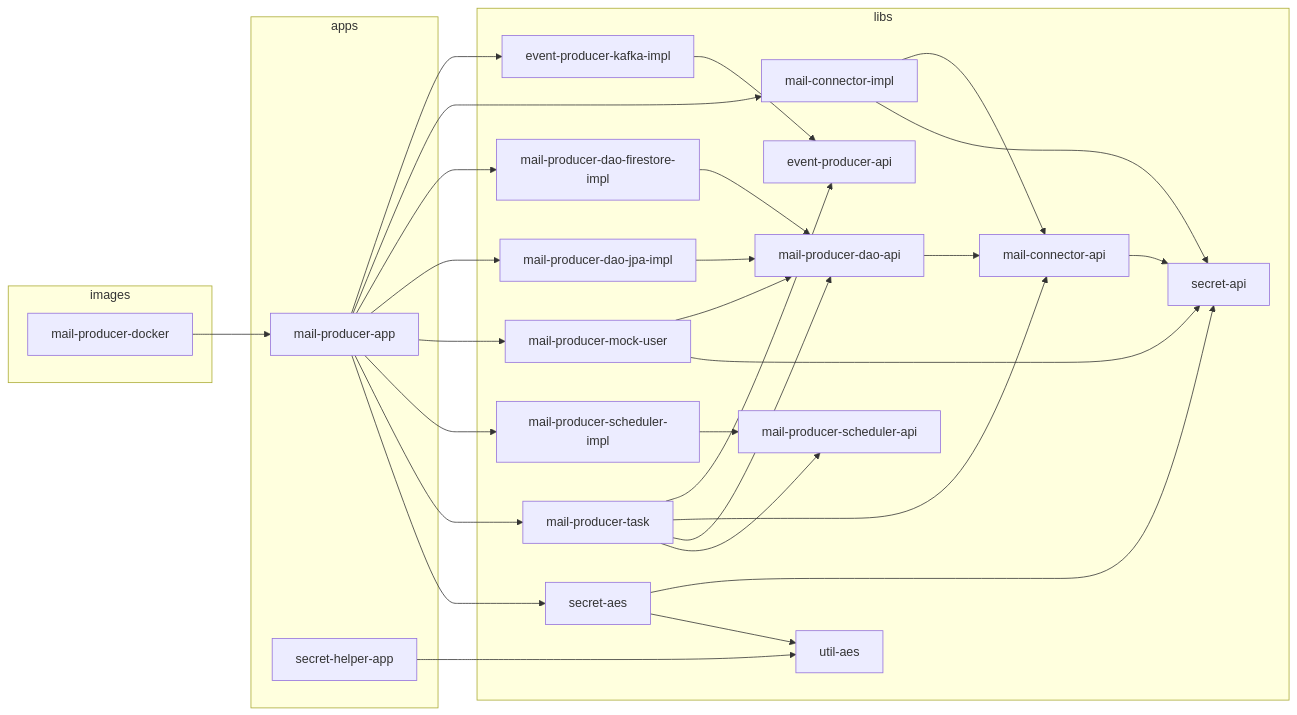
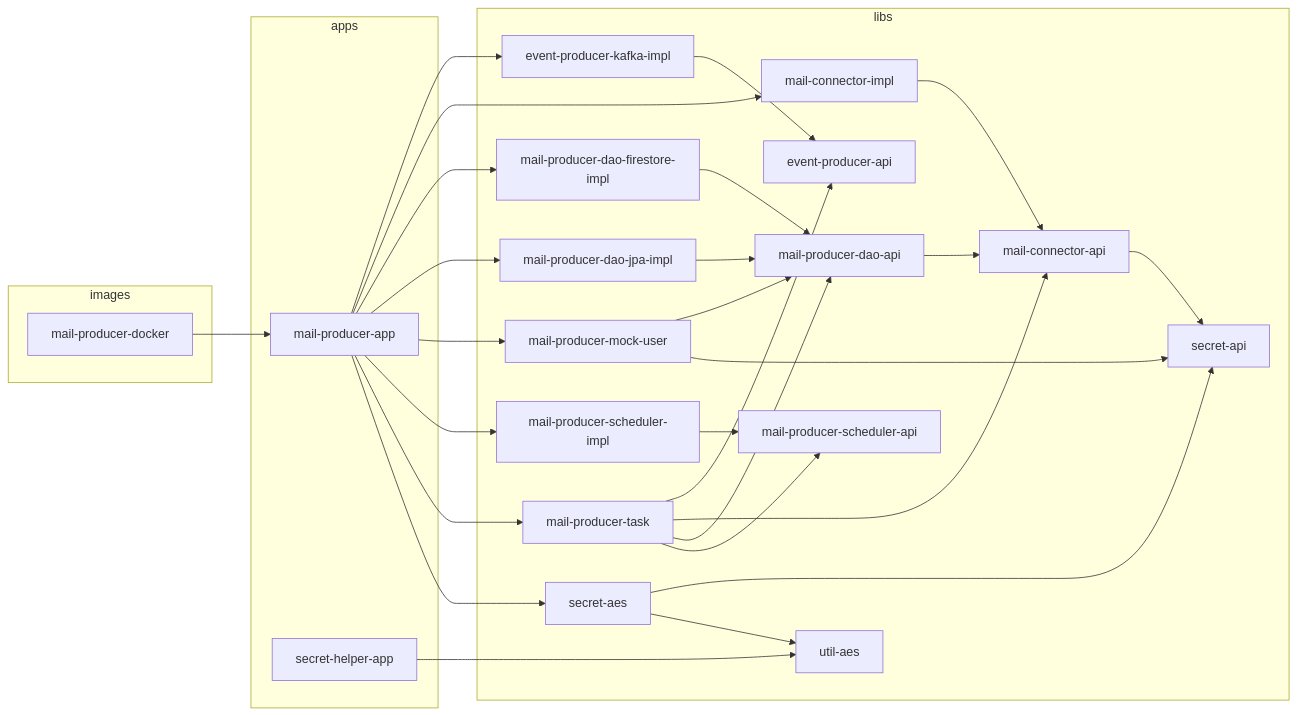
Before and after one commit to Guslarz/invoice-watcher: the diagram in docs/reference/modules.md, drawn with Mermaid. The commit also changed 12 other files, not shown here.

````diff
--- a/docs/reference/modules.md
+++ b/docs/reference/modules.md
@@ -30,52 +30,51 @@
 ```mermaid
 flowchart LR
   subgraph apps
     apps_mail_producer_app["mail-producer-app"]
     apps_secret_helper_app["secret-helper-app"]
   end
   subgraph images
     images_mail_producer_docker["mail-producer-docker"]
   end
   subgraph libs
     libs_event_producer_api["event-producer-api"]
     libs_event_producer_kafka_impl["event-producer-kafka-impl"]
     libs_mail_connector_api["mail-connector-api"]
     libs_mail_connector_impl["mail-connector-impl"]
     libs_mail_producer_dao_api["mail-producer-dao-api"]
     libs_mail_producer_dao_firestore_impl["mail-producer-dao-firestore-impl"]
     libs_mail_producer_dao_jpa_impl["mail-producer-dao-jpa-impl"]
     libs_mail_producer_mock_user["mail-producer-mock-user"]
     libs_mail_producer_scheduler_api["mail-producer-scheduler-api"]
     libs_mail_producer_scheduler_impl["mail-producer-scheduler-impl"]
     libs_mail_producer_task["mail-producer-task"]
     libs_secret_aes["secret-aes"]
     libs_secret_api["secret-api"]
     libs_util_aes["util-aes"]
   end
   apps_mail_producer_app --> libs_event_producer_kafka_impl
   apps_mail_producer_app --> libs_mail_connector_impl
   apps_mail_producer_app --> libs_mail_producer_dao_firestore_impl
   apps_mail_producer_app --> libs_mail_producer_dao_jpa_impl
   apps_mail_producer_app --> libs_mail_producer_mock_user
   apps_mail_producer_app --> libs_mail_producer_scheduler_impl
   apps_mail_producer_app --> libs_mail_producer_task
   apps_mail_producer_app --> libs_secret_aes
   apps_secret_helper_app --> libs_util_aes
   images_mail_producer_docker --> apps_mail_producer_app
   libs_event_producer_kafka_impl --> libs_event_producer_api
   libs_mail_connector_api --> libs_secret_api
   libs_mail_connector_impl --> libs_mail_connector_api
-  libs_mail_connector_impl --> libs_secret_api
   libs_mail_producer_dao_api --> libs_mail_connector_api
   libs_mail_producer_dao_firestore_impl --> libs_mail_producer_dao_api
   libs_mail_producer_dao_jpa_impl --> libs_mail_producer_dao_api
   libs_mail_producer_mock_user --> libs_mail_producer_dao_api
   libs_mail_producer_mock_user --> libs_secret_api
   libs_mail_producer_scheduler_impl --> libs_mail_producer_scheduler_api
   libs_mail_producer_task --> libs_event_producer_api
   libs_mail_producer_task --> libs_mail_connector_api
   libs_mail_producer_task --> libs_mail_producer_dao_api
   libs_mail_producer_task --> libs_mail_producer_scheduler_api
   libs_secret_aes --> libs_secret_api
   libs_secret_aes --> libs_util_aes
 ```
````
